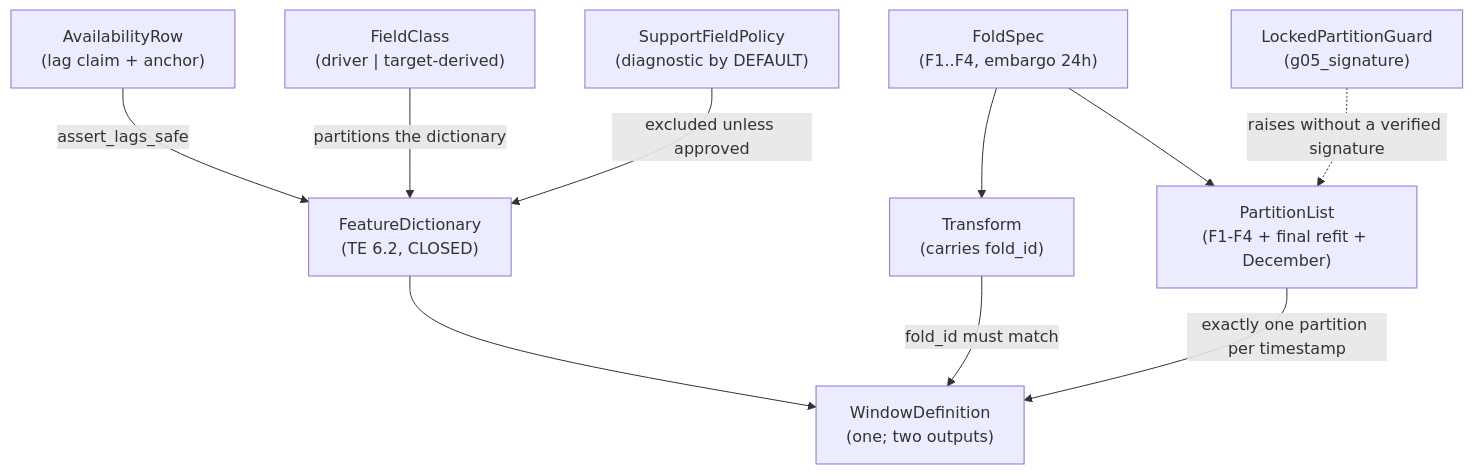
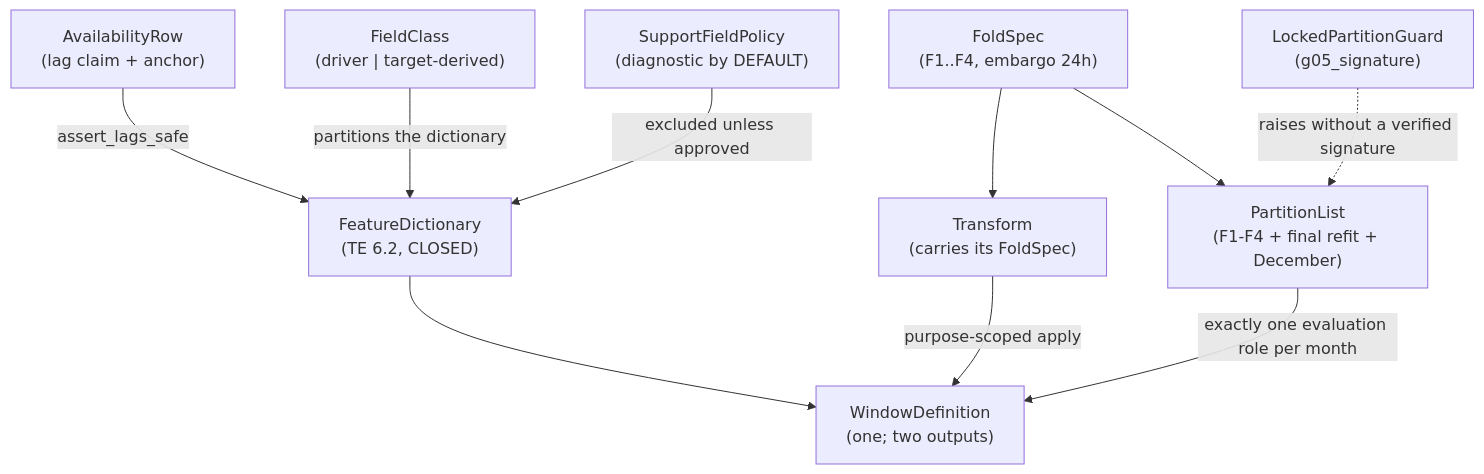
Before and after one commit to Kimrza/Thesis_toshkari: the diagram in aidlc/spaces/default/intents/260813-tec-hourly-forecast/construction/features-and-splits/functional-design/domain-entities.md, drawn with Mermaid. The commit also changed other lines of this file and 19 other files, not shown here.

````diff
--- a/aidlc/spaces/default/intents/260813-tec-hourly-forecast/construction/features-and-splits/functional-design/domain-entities.md
+++ b/aidlc/spaces/default/intents/260813-tec-hourly-forecast/construction/features-and-splits/functional-design/domain-entities.md
@@ -34,22 +34,22 @@
 ```mermaid
 graph TD
   AR["AvailabilityRow<br/>(lag claim + anchor)"]
   FD["FeatureDictionary<br/>(TE 6.2, CLOSED)"]
   FC["FieldClass<br/>(driver | target-derived)"]
   FS["FoldSpec<br/>(F1..F4, embargo 24h)"]
   PL["PartitionList<br/>(F1-F4 + final refit + December)"]
-  TF["Transform<br/>(carries fold_id)"]
+  TF["Transform<br/>(carries its FoldSpec)"]
   WD["WindowDefinition<br/>(one; two outputs)"]
   SF["SupportFieldPolicy<br/>(diagnostic by DEFAULT)"]
   LG["LockedPartitionGuard<br/>(g05_signature)"]
 
   AR -->|"assert_lags_safe"| FD
   FD --> WD
   FC -->|"partitions the dictionary"| FD
   FS --> TF
-  TF -->|"fold_id must match"| WD
+  TF -->|"purpose-scoped apply"| WD
   FS --> PL
-  PL -->|"exactly one partition per timestamp"| WD
+  PL -->|"exactly one evaluation role per month"| WD
   SF -->|"excluded unless approved"| FD
   LG -.->|"raises without a verified signature"| PL
 ```
````
